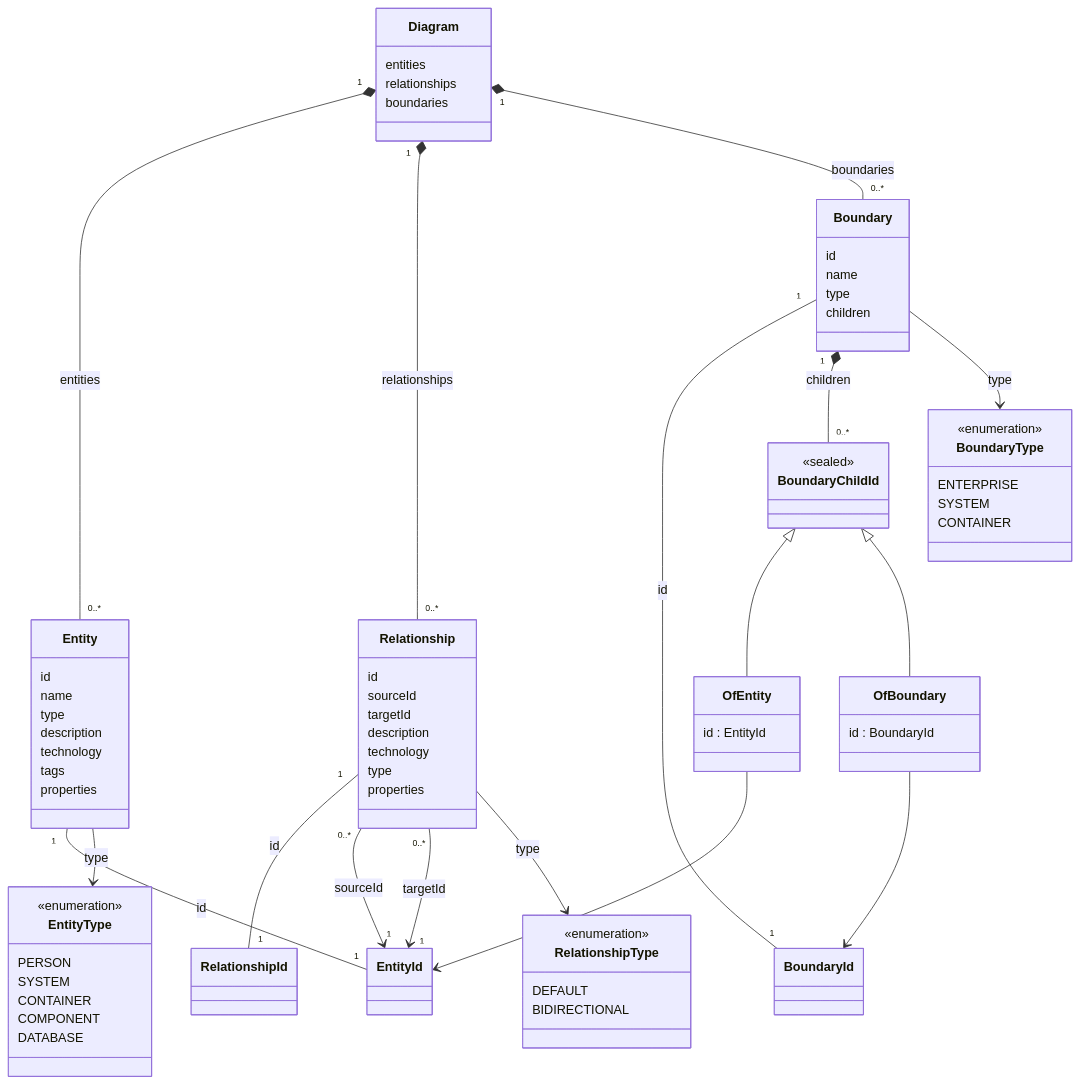
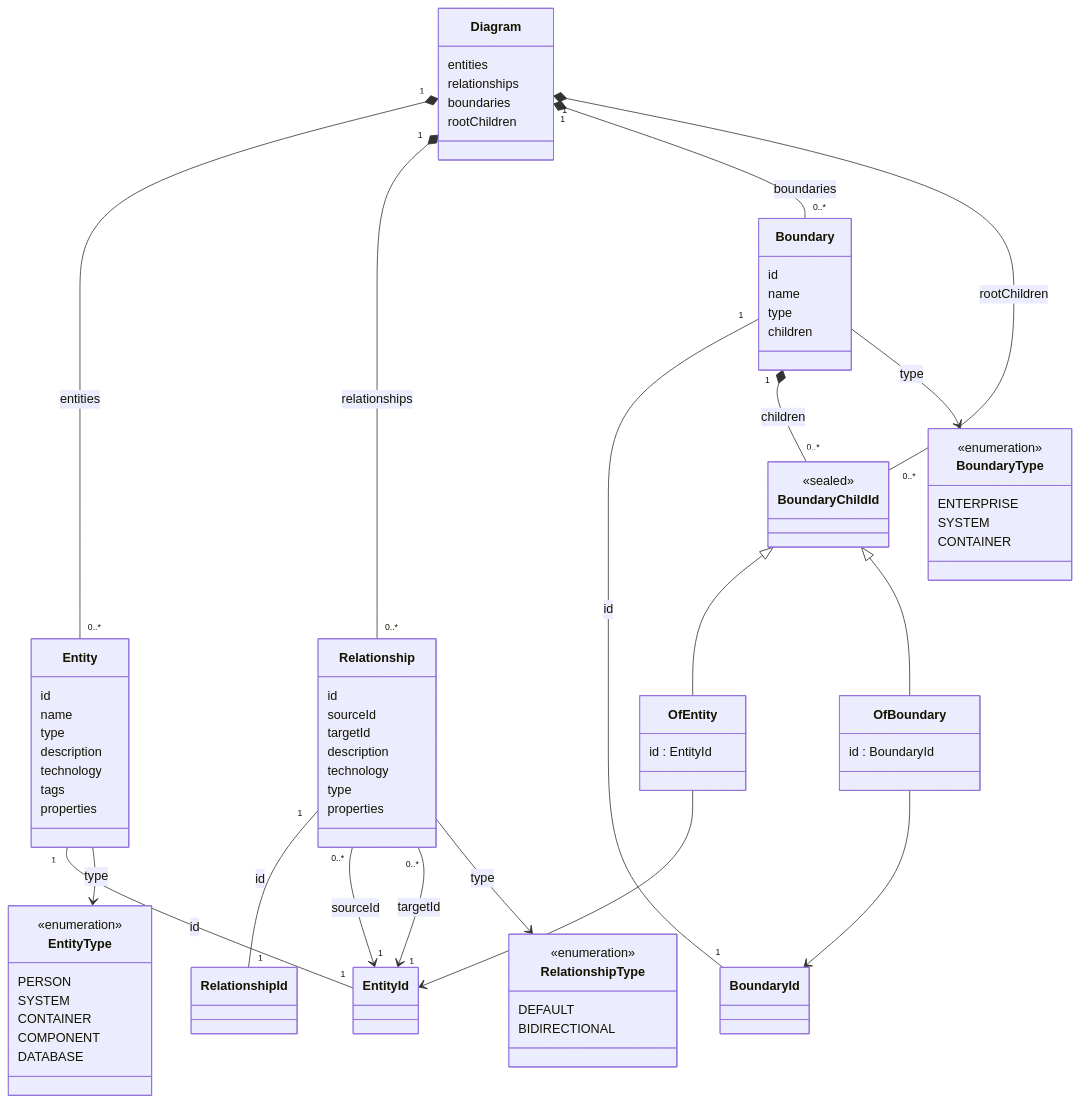
Before and after one commit to stevenl/diagram-composer: the seventh of 8 diagrams in docs/architecture.md, drawn with Mermaid. The commit also changed other lines of this file and 7 other files, not shown here.

First line of the commit message:
fix(core): preserve top-level declaration order via Diagram.rootChildren

```diff
--- a/docs/architecture.md
+++ b/docs/architecture.md
@@ -363,6 +373,7 @@
         entities
         relationships
         boundaries
+        rootChildren
     }
 
     class Entity {
@@ -440,6 +451,7 @@
     Relationship "0..*" --> "1" EntityId : targetId
 
     Boundary "1" *-- "0..*" BoundaryChildId : children
+    Diagram "1" *-- "0..*" BoundaryChildId : rootChildren
     BoundaryChildId <|-- OfEntity
     BoundaryChildId <|-- OfBoundary
     OfEntity --> EntityId
```
